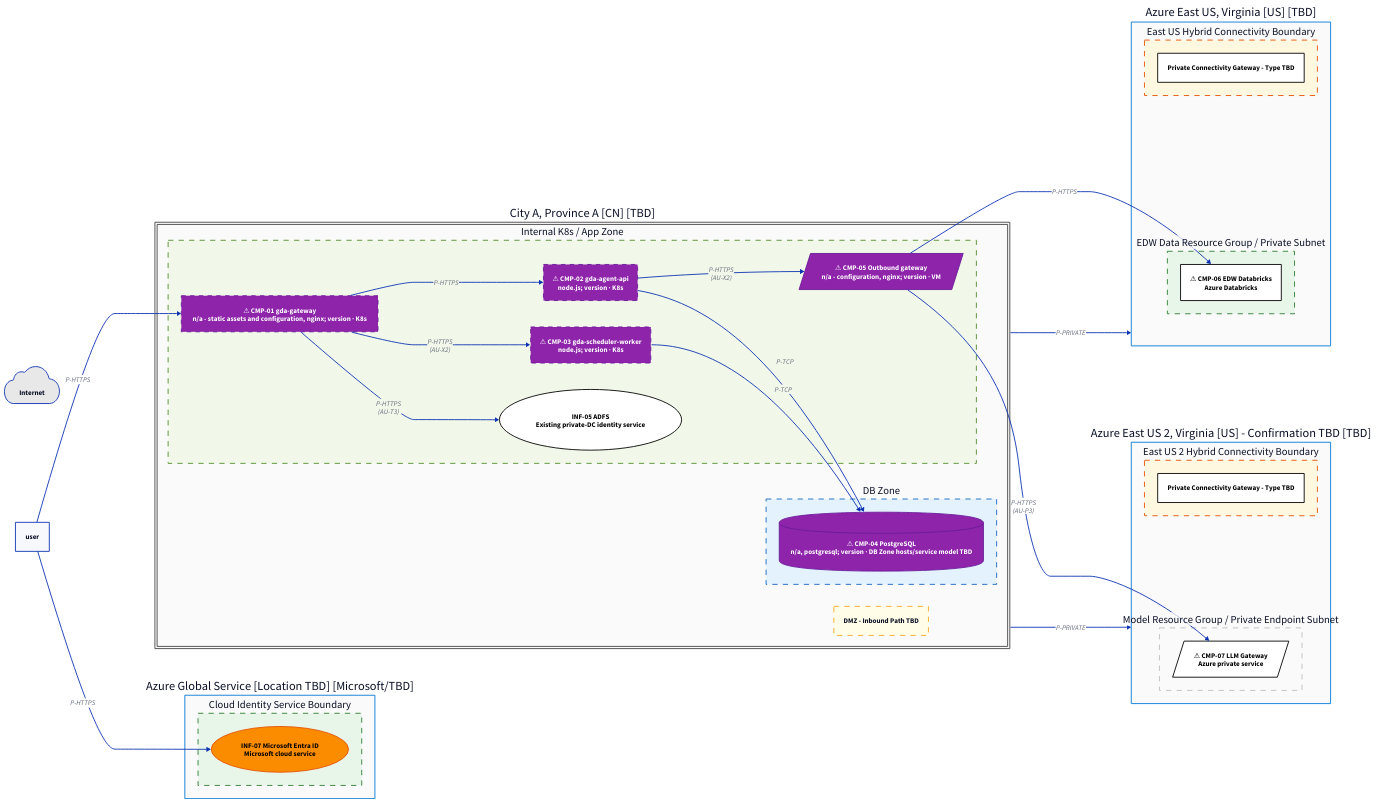
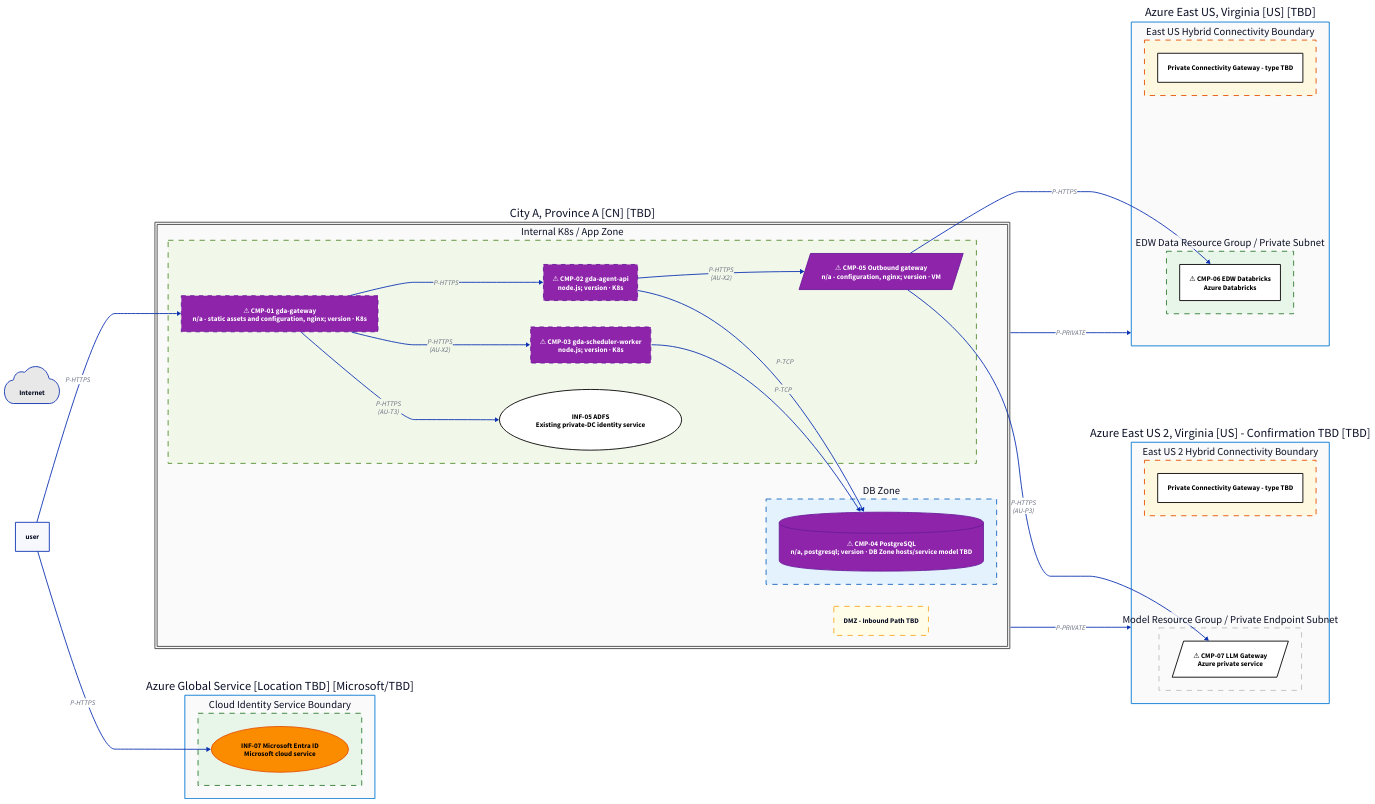
Before and after one commit to axisvela/TAXOVELA: the diagram in examples/02-ai-agent-hybrid/output/diagrams/diagram-v2.d2, drawn with D2. The commit also changed 25 other files, not shown here.

```diff
--- a/examples/02-ai-agent-hybrid/output/diagrams/diagram-v2.d2
+++ b/examples/02-ai-agent-hybrid/output/diagrams/diagram-v2.d2
@@ -142,7 +142,7 @@
       stroke-dash: 6
     }
 
-    azure_eastus_private_connectivity: "Private Connectivity Gateway - Type TBD" {
+    INF_11: "Private Connectivity Gateway - type TBD" {
       style {
             fill: "#FFFFFF"
             stroke: "#000000"
@@ -184,7 +184,7 @@
       stroke-dash: 6
     }
 
-    azure_eastus2_private_connectivity: "Private Connectivity Gateway - Type TBD" {
+    INF_12: "Private Connectivity Gateway - type TBD" {
       style {
             fill: "#FFFFFF"
             stroke: "#000000"
```
